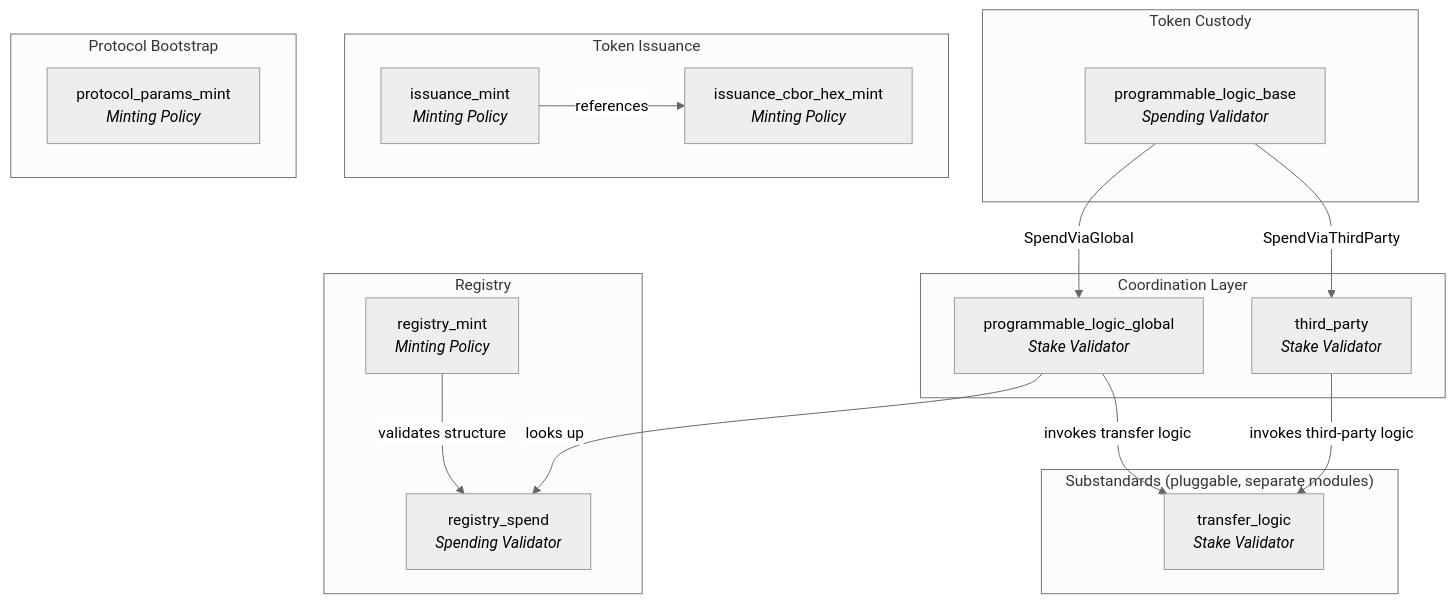
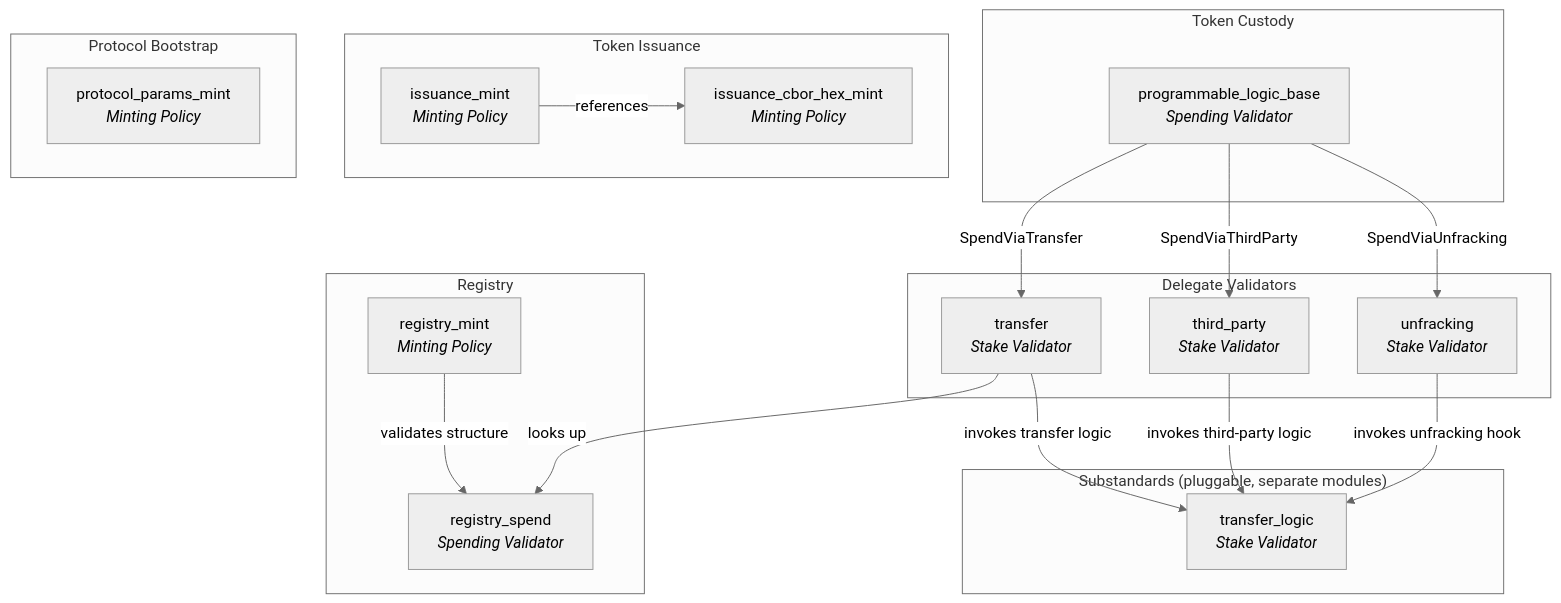
The first of 3 diagrams in documentation/02-ARCHITECTURE.md (cardano-foundation/cip113-programmable-tokens), drawn with Mermaid (neutral theme) before and after one commit. The commit also changed other lines of this file and 35 other files, not shown here.

````diff
--- a/documentation/02-ARCHITECTURE.md
+++ b/documentation/02-ARCHITECTURE.md
@@ -56,37 +56,40 @@
 ```mermaid
 graph TB
     subgraph "Token Custody"
         PLB[programmable_logic_base<br/><i>Spending Validator</i>]
     end
 
-    subgraph "Coordination Layer"
-        PLG[programmable_logic_global<br/><i>Stake Validator</i>]
+    subgraph "Delegate Validators"
+        TR[transfer<br/><i>Stake Validator</i>]
         TP[third_party<br/><i>Stake Validator</i>]
+        UF[unfracking<br/><i>Stake Validator</i>]
     end
 
     subgraph "Registry"
         RM[registry_mint<br/><i>Minting Policy</i>]
         RS[registry_spend<br/><i>Spending Validator</i>]
     end
 
     subgraph "Token Issuance"
         IM[issuance_mint<br/><i>Minting Policy</i>]
         ICH[issuance_cbor_hex_mint<br/><i>Minting Policy</i>]
     end
 
     subgraph "Protocol Bootstrap"
         PP[protocol_params_mint<br/><i>Minting Policy</i>]
     end
 
     subgraph "Substandards (pluggable, separate modules)"
         TL[transfer_logic<br/><i>Stake Validator</i>]
     end
 
-    PLB -->|"SpendViaGlobal"| PLG
+    PLB -->|"SpendViaTransfer"| TR
     PLB -->|"SpendViaThirdParty"| TP
-    PLG -->|"looks up"| RS
-    PLG -->|"invokes transfer logic"| TL
+    PLB -->|"SpendViaUnfracking"| UF
+    TR -->|"looks up"| RS
+    TR -->|"invokes transfer logic"| TL
     TP -->|"invokes third-party logic"| TL
+    UF -->|"invokes unfracking hook"| TL
     RM -->|"validates structure"| RS
     IM -->|"references"| ICH
 ```
````
